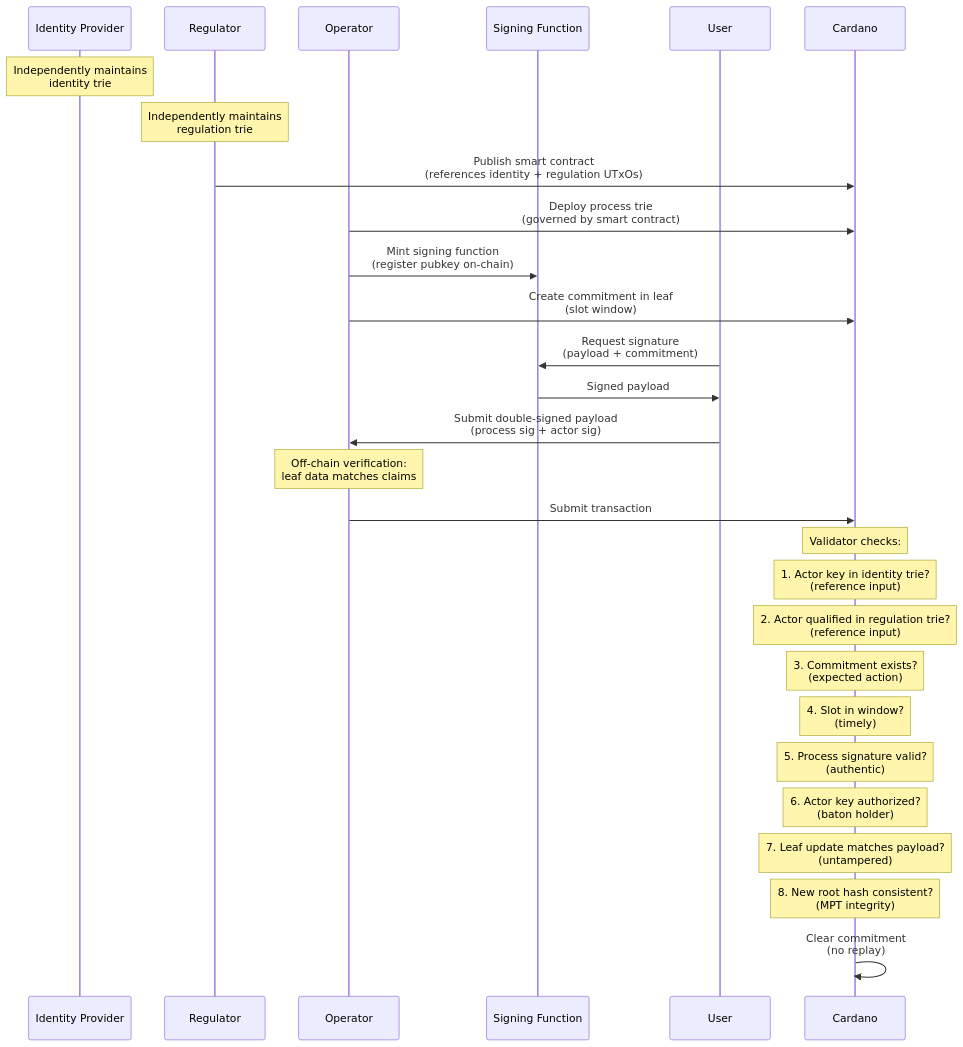
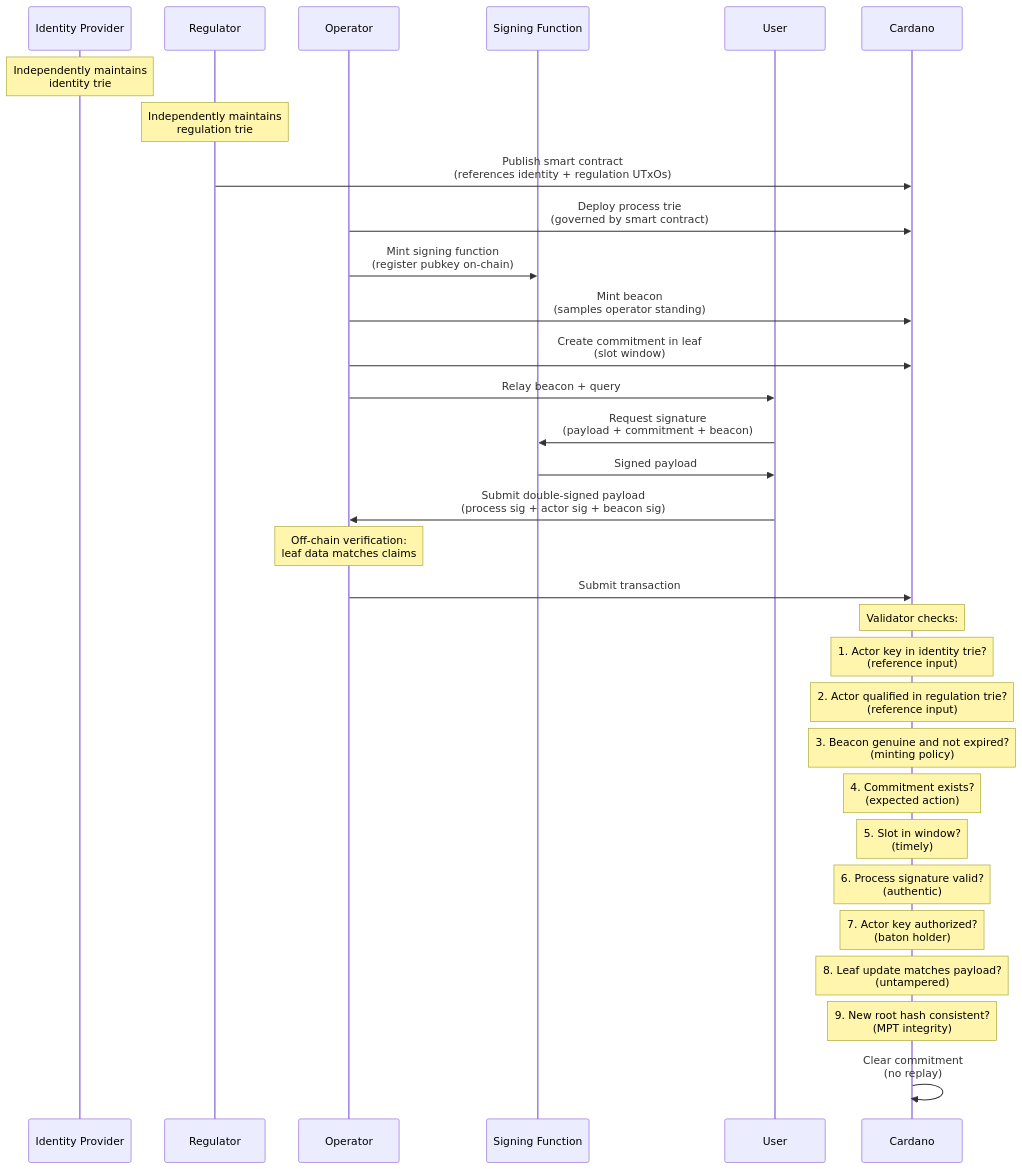
The fifth of 20 diagrams in docs/framework/schema.md (lambdasistemi/cardano-for-regulators), drawn with Mermaid before and after one commit. The commit also changed other lines of this file, not shown here.

Commit message:
align schema with thesis: beacon protocol, operator standing, temporal integrity, data availability

````diff
--- a/docs/framework/schema.md
+++ b/docs/framework/schema.md
@@ -187,41 +188,46 @@
 ```mermaid
 sequenceDiagram
     participant KP as Identity Provider
     participant R as Regulator
     participant O as Operator
     participant SF as Signing Function
     participant U as User
     participant C as Cardano
 
     Note over KP: Independently maintains<br/>identity trie
 
     Note over R: Independently maintains<br/>regulation trie
 
     R->>C: Publish smart contract<br/>(references identity + regulation UTxOs)
 
     O->>C: Deploy process trie<br/>(governed by smart contract)
     O->>SF: Mint signing function<br/>(register pubkey on-chain)
 
+    O->>C: Mint beacon<br/>(samples operator standing)
+
     O->>C: Create commitment in leaf<br/>(slot window)
 
-    U->>SF: Request signature<br/>(payload + commitment)
+    O->>U: Relay beacon + query
+
+    U->>SF: Request signature<br/>(payload + commitment + beacon)
     SF->>U: Signed payload
 
-    U->>O: Submit double-signed payload<br/>(process sig + actor sig)
+    U->>O: Submit double-signed payload<br/>(process sig + actor sig + beacon sig)
 
     Note over O: Off-chain verification:<br/>leaf data matches claims
 
     O->>C: Submit transaction
 
     Note over C: Validator checks:
     Note over C: 1. Actor key in identity trie?<br/>(reference input)
     Note over C: 2. Actor qualified in regulation trie?<br/>(reference input)
-    Note over C: 3. Commitment exists?<br/>(expected action)
-    Note over C: 4. Slot in window?<br/>(timely)
-    Note over C: 5. Process signature valid?<br/>(authentic)
-    Note over C: 6. Actor key authorized?<br/>(baton holder)
-    Note over C: 7. Leaf update matches payload?<br/>(untampered)
-    Note over C: 8. New root hash consistent?<br/>(MPT integrity)
+    Note over C: 3. Beacon genuine and not expired?<br/>(minting policy)
+    Note over C: 4. Commitment exists?<br/>(expected action)
+    Note over C: 5. Slot in window?<br/>(timely)
+    Note over C: 6. Process signature valid?<br/>(authentic)
+    Note over C: 7. Actor key authorized?<br/>(baton holder)
+    Note over C: 8. Leaf update matches payload?<br/>(untampered)
+    Note over C: 9. New root hash consistent?<br/>(MPT integrity)
 
     C->>C: Clear commitment<br/>(no replay)
 ```
````
